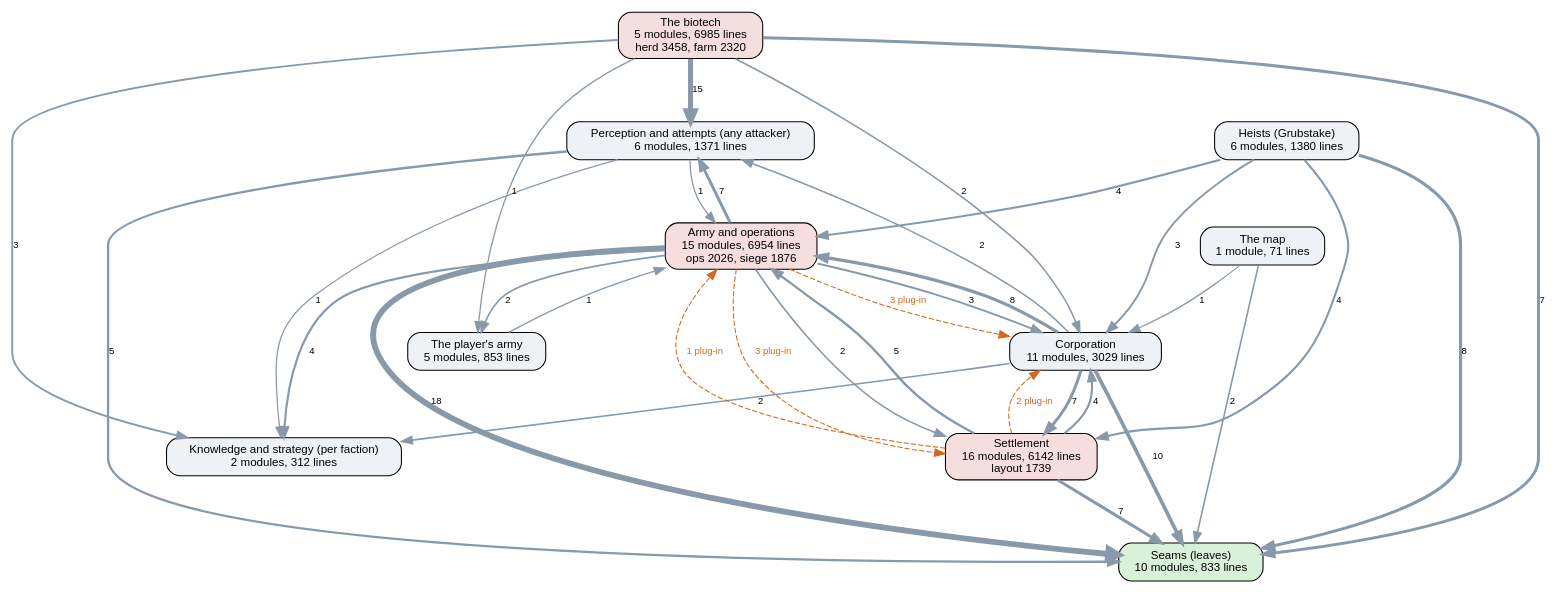
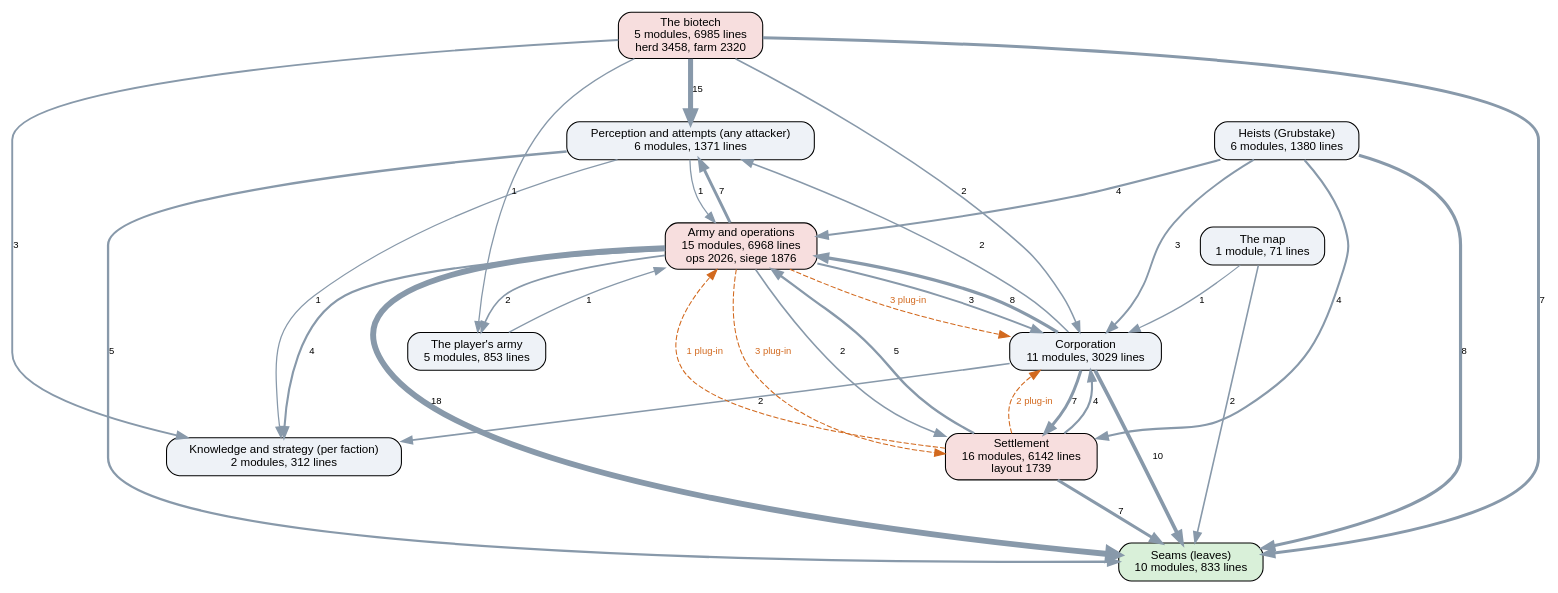
The diagram in docs/ai-layers.dot (kinelhu/landing-party), drawn with Graphviz before and after one commit. The commit also changed 13 other files, not shown here.

```diff
--- a/docs/ai-layers.dot
+++ b/docs/ai-layers.dot
@@ -1,48 +1,48 @@
 digraph layers {
   graph [rankdir=TB, fontname="Helvetica", nodesep=0.5, ranksep=0.7];
   node [shape=box, style="rounded,filled", fontname="Helvetica", fontsize=11, fillcolor="#eef2f7"];
   edge [color="#8899aa", fontname="Helvetica", fontsize=9];
   "Seams (leaves)" [label="Seams (leaves)\n10 modules, 833 lines", fillcolor="#d9f0d9"];
   "Perception and attempts (any attacker)" [label="Perception and attempts (any attacker)\n6 modules, 1371 lines", fillcolor="#eef2f7"];
   "Knowledge and strategy (per faction)" [label="Knowledge and strategy (per faction)\n2 modules, 312 lines", fillcolor="#eef2f7"];
   "Corporation" [label="Corporation\n11 modules, 3029 lines", fillcolor="#eef2f7"];
   "Settlement" [label="Settlement\n16 modules, 6142 lines\nlayout 1739", fillcolor="#f7dede"];
-  "Army and operations" [label="Army and operations\n15 modules, 6954 lines\nops 2026, siege 1876", fillcolor="#f7dede"];
+  "Army and operations" [label="Army and operations\n15 modules, 6968 lines\nops 2026, siege 1876", fillcolor="#f7dede"];
   "Heists (Grubstake)" [label="Heists (Grubstake)\n6 modules, 1380 lines", fillcolor="#eef2f7"];
   "The biotech" [label="The biotech\n5 modules, 6985 lines\nherd 3458, farm 2320", fillcolor="#f7dede"];
   "The map" [label="The map\n1 module, 71 lines", fillcolor="#eef2f7"];
   "The player's army" [label="The player's army\n5 modules, 853 lines", fillcolor="#eef2f7"];
   "Army and operations" -> "Corporation" [label="3", penwidth=1.8];
   "Army and operations" -> "Knowledge and strategy (per faction)" [label="4", penwidth=2.0];
   "Army and operations" -> "Perception and attempts (any attacker)" [label="7", penwidth=2.8];
   "Army and operations" -> "Seams (leaves)" [label="18", penwidth=5.5];
   "Army and operations" -> "Settlement" [label="2", penwidth=1.5];
   "Army and operations" -> "The player's army" [label="2", penwidth=1.5];
   "Corporation" -> "Army and operations" [label="8", penwidth=3.0];
   "Corporation" -> "Knowledge and strategy (per faction)" [label="2", penwidth=1.5];
   "Corporation" -> "Perception and attempts (any attacker)" [label="2", penwidth=1.5];
   "Corporation" -> "Seams (leaves)" [label="10", penwidth=3.5];
   "Corporation" -> "Settlement" [label="7", penwidth=2.8];
   "Heists (Grubstake)" -> "Army and operations" [label="4", penwidth=2.0];
   "Heists (Grubstake)" -> "Corporation" [label="3", penwidth=1.8];
   "Heists (Grubstake)" -> "Seams (leaves)" [label="8", penwidth=3.0];
   "Heists (Grubstake)" -> "Settlement" [label="4", penwidth=2.0];
   "Perception and attempts (any attacker)" -> "Army and operations" [label="1", penwidth=1.2];
   "Perception and attempts (any attacker)" -> "Knowledge and strategy (per faction)" [label="1", penwidth=1.2];
   "Perception and attempts (any attacker)" -> "Seams (leaves)" [label="5", penwidth=2.2];
   "Settlement" -> "Army and operations" [label="5", penwidth=2.2];
   "Settlement" -> "Corporation" [label="4", penwidth=2.0];
   "Settlement" -> "Seams (leaves)" [label="7", penwidth=2.8];
   "The biotech" -> "Corporation" [label="2", penwidth=1.5];
   "The biotech" -> "Knowledge and strategy (per faction)" [label="3", penwidth=1.8];
   "The biotech" -> "Perception and attempts (any attacker)" [label="15", penwidth=4.8];
   "The biotech" -> "Seams (leaves)" [label="7", penwidth=2.8];
   "The biotech" -> "The player's army" [label="1", penwidth=1.2];
   "The map" -> "Corporation" [label="1", penwidth=1.2];
   "The map" -> "Seams (leaves)" [label="2", penwidth=1.5];
   "The player's army" -> "Army and operations" [label="1", penwidth=1.2];
   "Army and operations" -> "Corporation" [style=dashed, color="#d2691e", fontcolor="#d2691e", label="3 plug-in"];
   "Army and operations" -> "Settlement" [style=dashed, color="#d2691e", fontcolor="#d2691e", label="3 plug-in"];
   "Settlement" -> "Army and operations" [style=dashed, color="#d2691e", fontcolor="#d2691e", label="1 plug-in"];
   "Settlement" -> "Corporation" [style=dashed, color="#d2691e", fontcolor="#d2691e", label="2 plug-in"];
 }
```
